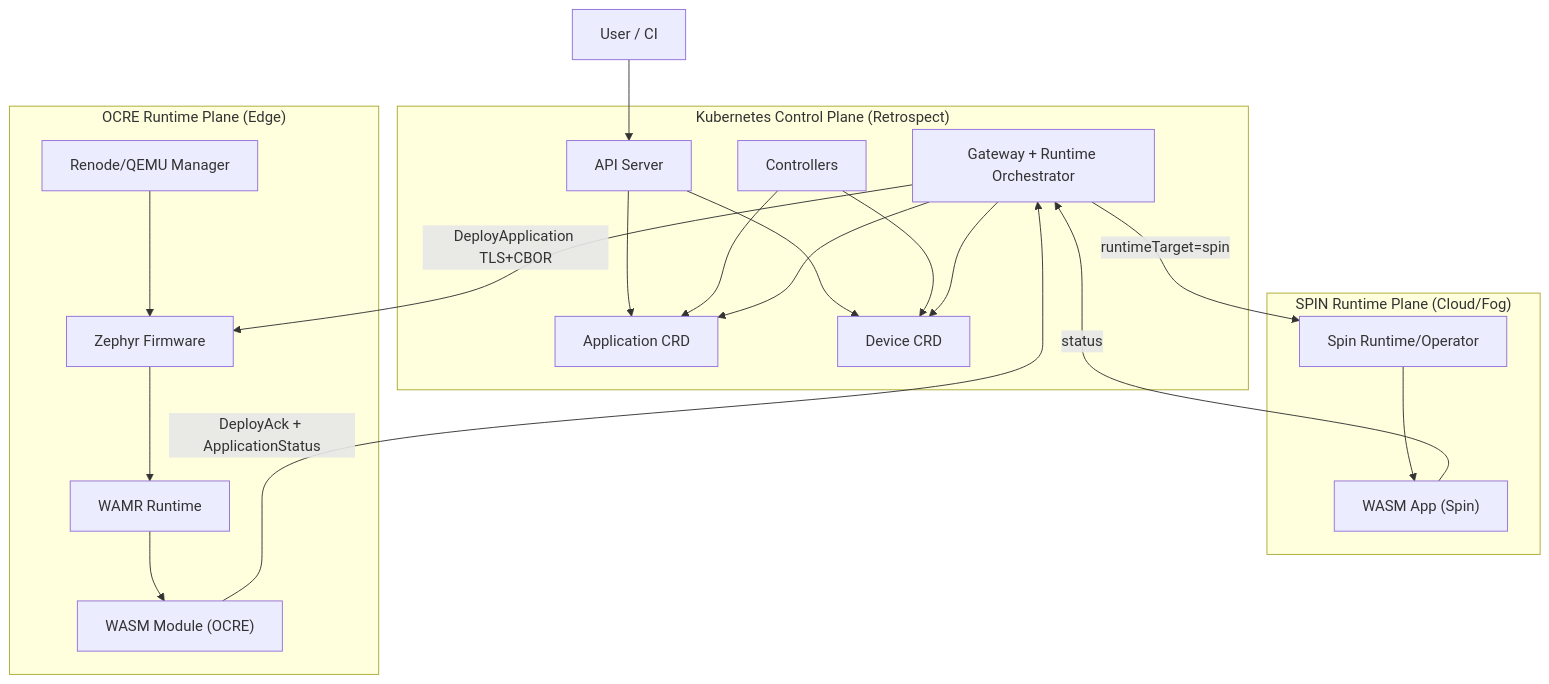
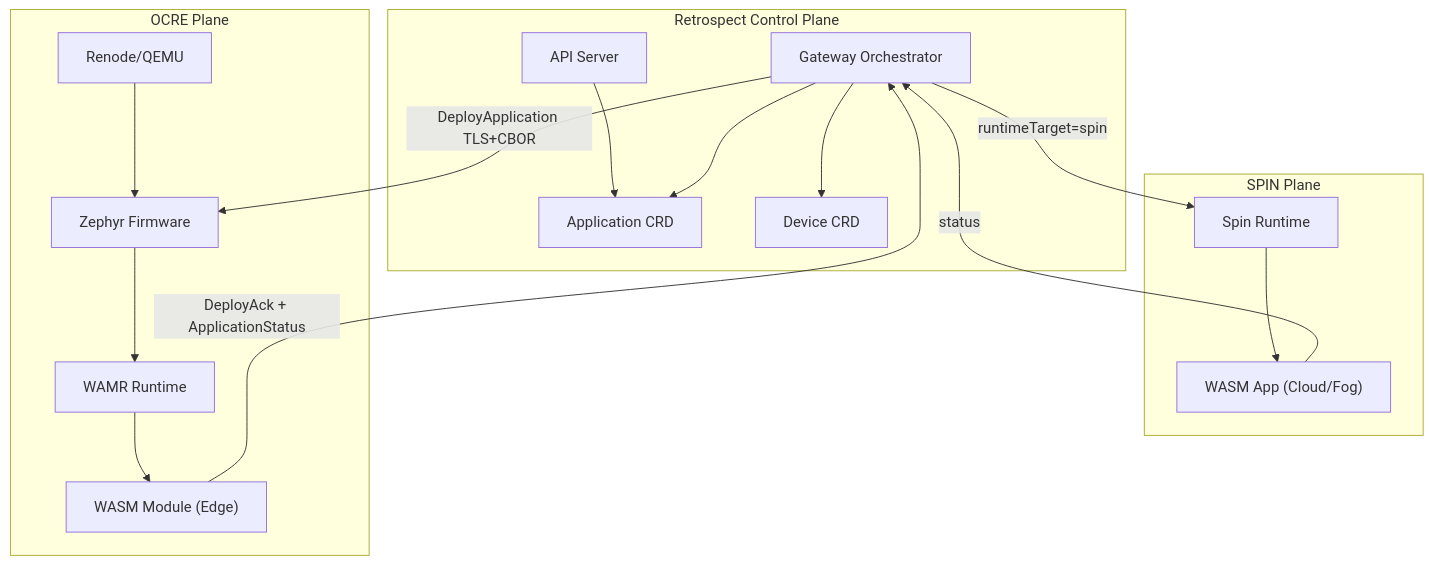
One commit to lucadagati/retrospect changed the first of 2 diagrams in RETROSPECT_SPIN_OCRE_INTEGRATION_MASTERPLAN.md. Above: the diagram before and after it, drawn with Mermaid. The commit also changed other lines of this file, not shown here.

Commit message:
Refocus SPIN+OCRE integration plan into concise high-priority roadmap

````diff
--- a/RETROSPECT_SPIN_OCRE_INTEGRATION_MASTERPLAN.md
+++ b/RETROSPECT_SPIN_OCRE_INTEGRATION_MASTERPLAN.md
@@ -133,40 +64,35 @@
 ```mermaid
 graph TD
-    subgraph K8S["Kubernetes Control Plane (Retrospect)"]
+    subgraph K8S["Retrospect Control Plane"]
         API["API Server"]
-        GW["Gateway + Runtime Orchestrator"]
+        GW["Gateway Orchestrator"]
         APPCRD["Application CRD"]
         DEVCRD["Device CRD"]
-        CTRL["Controllers"]
     end
 
-    subgraph SPINPLANE["SPIN Runtime Plane (Cloud/Fog)"]
-        SPINOP["Spin Runtime/Operator"]
-        SPINAPP["WASM App (Spin)"]
+    subgraph CLOUD["SPIN Plane"]
+        SPIN["Spin Runtime"]
+        SPINAPP["WASM App (Cloud/Fog)"]
     end
 
-    subgraph OCREPLANE["OCRE Runtime Plane (Edge)"]
-        RENODE["Renode/QEMU Manager"]
-        ZEPHYR["Zephyr Firmware"]
+    subgraph EDGE["OCRE Plane"]
+        REN["Renode/QEMU"]
+        ZEP["Zephyr Firmware"]
         WAMR["WAMR Runtime"]
-        OCREAPP["WASM Module (OCRE)"]
+        EDGEAPP["WASM Module (Edge)"]
     end
 
-    USER["User / CI"] --> API
     API --> APPCRD
-    API --> DEVCRD
-    CTRL --> APPCRD
-    CTRL --> DEVCRD
     GW --> APPCRD
     GW --> DEVCRD
 
-    GW -->|"runtimeTarget=spin"| SPINOP
-    SPINOP --> SPINAPP
+    GW -->|"runtimeTarget=spin"| SPIN
+    SPIN --> SPINAPP
     SPINAPP -->|"status"| GW
 
-    RENODE --> ZEPHYR
-    GW -->|"DeployApplication TLS+CBOR"| ZEPHYR
-    ZEPHYR --> WAMR
-    WAMR --> OCREAPP
-    OCREAPP -->|"DeployAck + ApplicationStatus"| GW
+    REN --> ZEP
+    GW -->|"DeployApplication TLS+CBOR"| ZEP
+    ZEP --> WAMR
+    WAMR --> EDGEAPP
+    EDGEAPP -->|"DeployAck + ApplicationStatus"| GW
 ```
````
